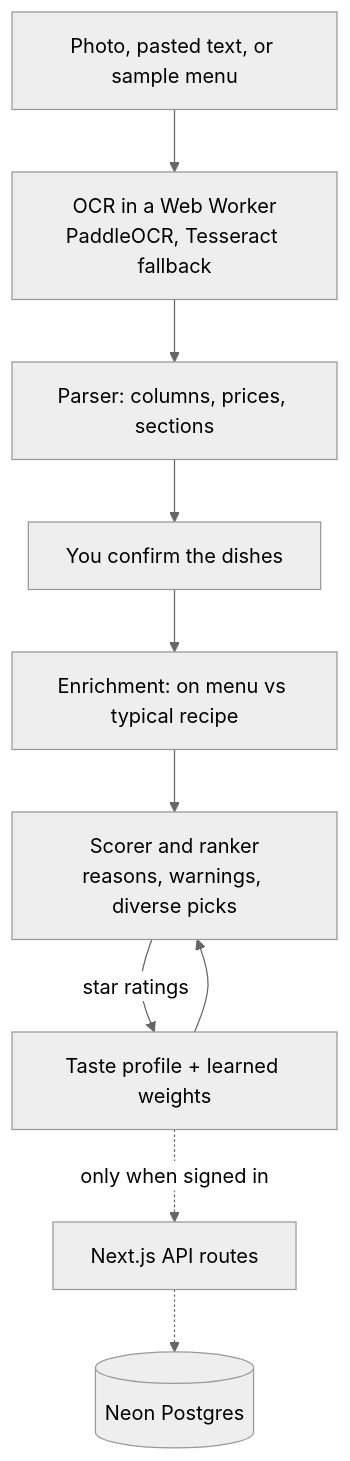
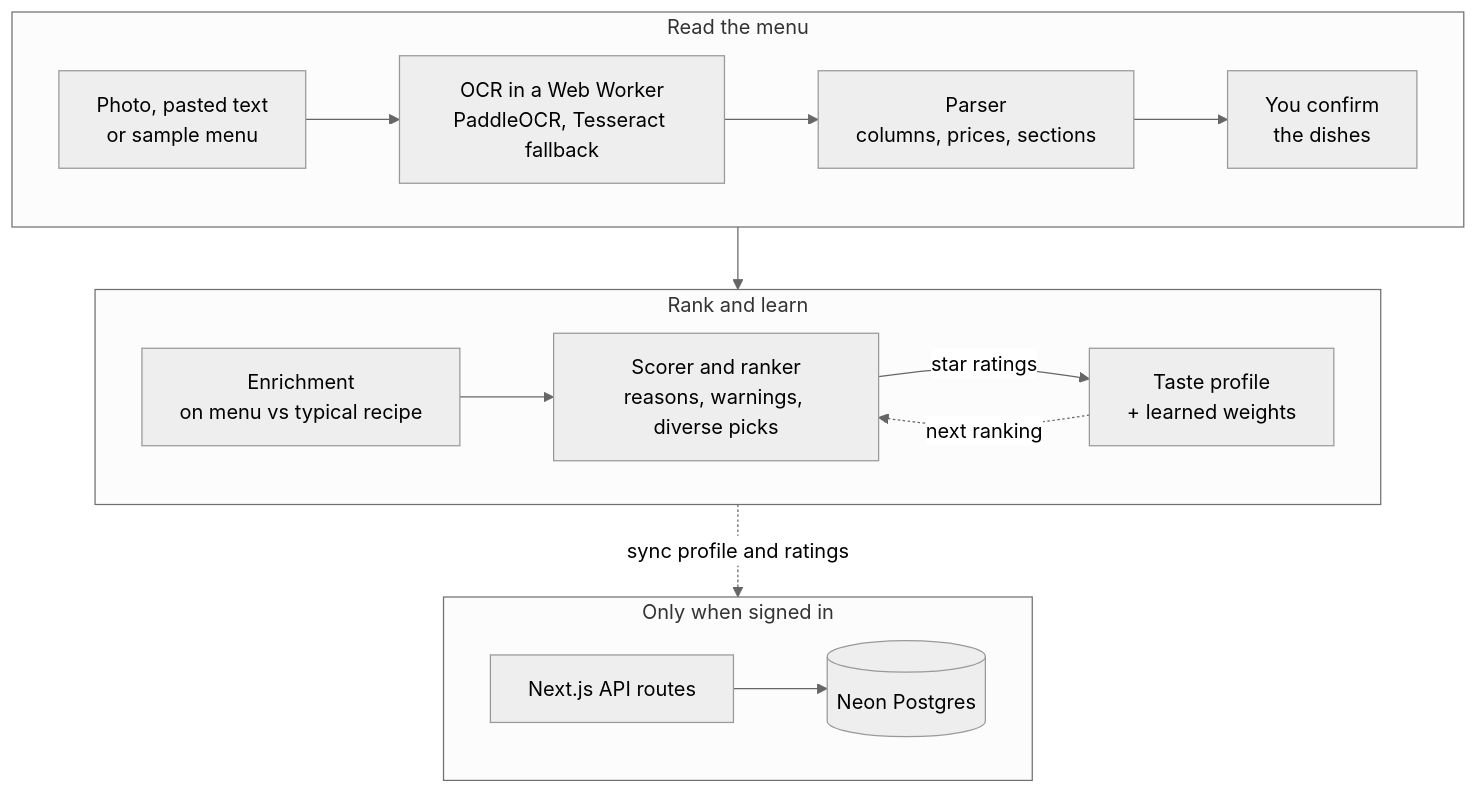
One commit to bhnsadhu/dishwise changed the diagram in README.md. Above: the diagram before and after it, drawn with Mermaid (neutral theme). The commit also changed other lines of this file, not shown here.

Commit message:
docs: README architecture diagram in three readable rows

````diff
--- a/README.md
+++ b/README.md
@@ -46,12 +46,18 @@
 ```mermaid
 flowchart TD
-  input["Photo, pasted text, or sample menu"] --> ocr["OCR in a Web Worker<br/>PaddleOCR, Tesseract fallback"]
-  ocr --> parse["Parser: columns, prices, sections"]
-  parse --> check["You confirm the dishes"]
-  check --> enrich["Enrichment: on menu vs typical recipe"]
-  enrich --> rank["Scorer and ranker<br/>reasons, warnings, diverse picks"]
-  profile["Taste profile + learned weights"] --> rank
-  rank -->|"star ratings"| profile
-  profile -.->|"only when signed in"| api["Next.js API routes"]
-  api -.-> db[("Neon Postgres")]
+  subgraph read["Read the menu"]
+    direction LR
+    input["Photo, pasted text<br/>or sample menu"] --> ocr["OCR in a Web Worker<br/>PaddleOCR, Tesseract fallback"] --> parse["Parser<br/>columns, prices, sections"] --> check["You confirm<br/>the dishes"]
+  end
+  subgraph rankg["Rank and learn"]
+    direction LR
+    enrich["Enrichment<br/>on menu vs typical recipe"] --> rank["Scorer and ranker<br/>reasons, warnings, diverse picks"] -->|"star ratings"| profile["Taste profile<br/>+ learned weights"]
+    profile -.->|"next ranking"| rank
+  end
+  subgraph save["Only when signed in"]
+    direction LR
+    api["Next.js API routes"] --> db[("Neon Postgres")]
+  end
+  read --> rankg
+  rankg -.->|"sync profile and ratings"| save
 ```
````
